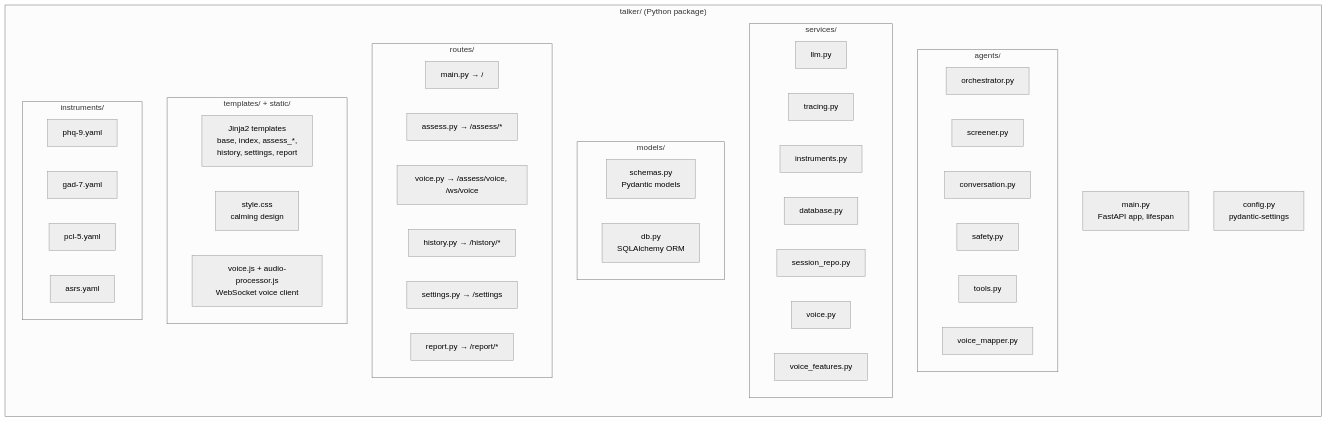
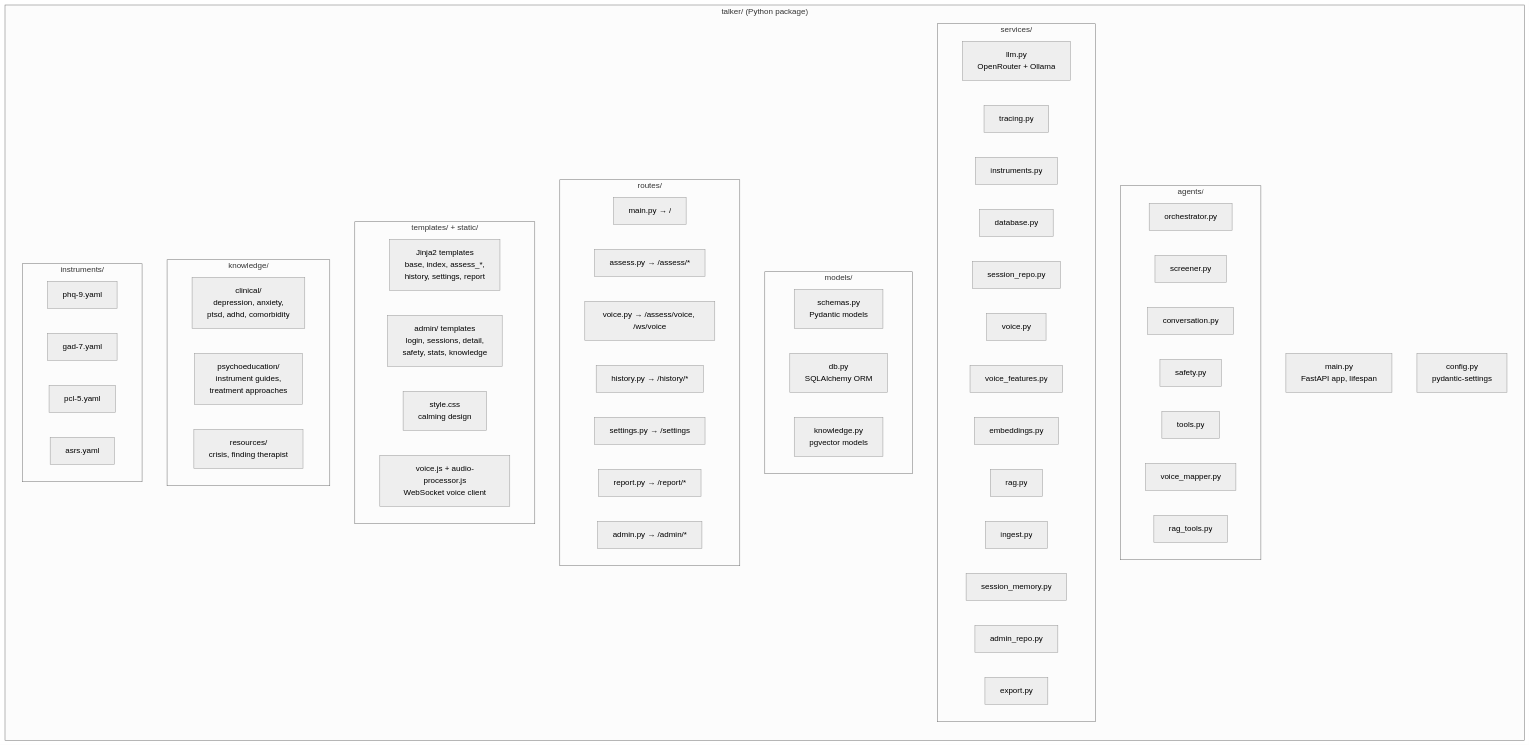
Before and after one commit to bodharma/talker: the fifth of 11 diagrams in docs/architecture.md, drawn with Mermaid (neutral theme). The commit also changed other lines of this file and 25 other files, not shown here.

First line of the commit message:
feat: Phase 3 complete — admin panel, Ollama fallback, session memory, data export

````diff
--- a/docs/architecture.md
+++ b/docs/architecture.md
@@ -166,54 +179,70 @@
 ```mermaid
 graph LR
     subgraph "talker/ (Python package)"
         direction TB
         MAIN["main.py<br/>FastAPI app, lifespan"]
         CONFIG["config.py<br/>pydantic-settings"]
 
         subgraph agents/
             ORCH_F["orchestrator.py"]
             SCREEN_F["screener.py"]
             CONV_F["conversation.py"]
             SAFETY_F["safety.py"]
             TOOLS_F["tools.py"]
             VMAP_F["voice_mapper.py"]
+            RAGT_F["rag_tools.py"]
         end
 
         subgraph services/
-            LLM_F["llm.py"]
+            LLM_F["llm.py<br/>OpenRouter + Ollama"]
             TRACE_F["tracing.py"]
             INSTR_F["instruments.py"]
             DB_F["database.py"]
             REPO_F["session_repo.py"]
             VOICE_F["voice.py"]
             VFEAT_F["voice_features.py"]
+            EMB_F["embeddings.py"]
+            RAG_F["rag.py"]
+            ING_F["ingest.py"]
+            SMEM_F["session_memory.py"]
+            AREP_F["admin_repo.py"]
+            EXP_F["export.py"]
         end
 
         subgraph models/
             SCHEMA_F["schemas.py<br/>Pydantic models"]
             ORM_F["db.py<br/>SQLAlchemy ORM"]
+            KNOW_F["knowledge.py<br/>pgvector models"]
         end
 
         subgraph routes/
             MAIN_R["main.py → /"]
             ASSESS_R["assess.py → /assess/*"]
             VOICE_R["voice.py → /assess/voice, /ws/voice"]
             HIST_R["history.py → /history/*"]
             SET_R["settings.py → /settings"]
             REPORT_R["report.py → /report/*"]
+            ADMIN_R["admin.py → /admin/*"]
         end
 
         subgraph "templates/ + static/"
             TPL["Jinja2 templates<br/>base, index, assess_*,<br/>history, settings, report"]
+            ATPL["admin/ templates<br/>login, sessions, detail,<br/>safety, stats, knowledge"]
             CSS["style.css<br/>calming design"]
             JS["voice.js + audio-processor.js<br/>WebSocket voice client"]
+        end
+
+        subgraph knowledge/
+            CLIN["clinical/<br/>depression, anxiety,<br/>ptsd, adhd, comorbidity"]
+            PSYCH["psychoeducation/<br/>instrument guides,<br/>treatment approaches"]
+            RES["resources/<br/>crisis, finding therapist"]
         end
 
         subgraph instruments/
             PHQ["phq-9.yaml"]
             GAD["gad-7.yaml"]
             PCL["pcl-5.yaml"]
             ASRS["asrs.yaml"]
         end
     end
 ```
````
